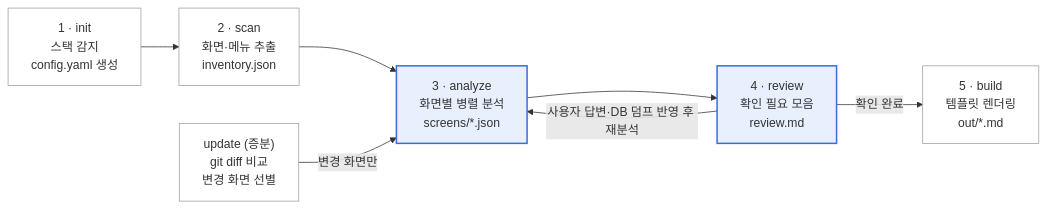
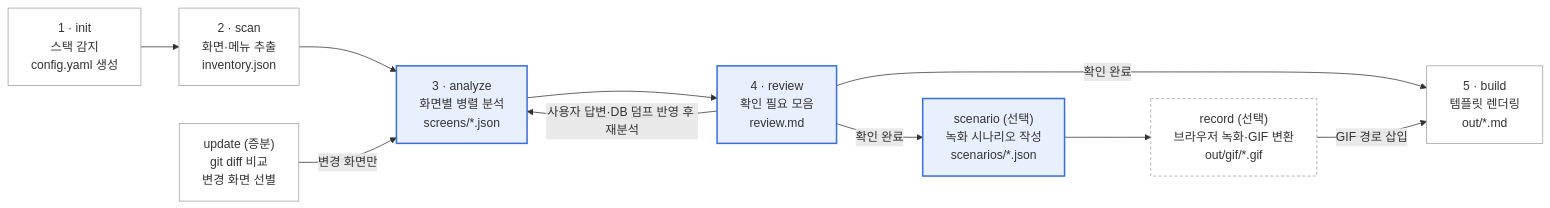
One commit to kwangtaeko/tgx-docent changed the diagram in docs/PLAN.md. Above: the diagram before and after it, drawn with Mermaid. The commit also changed other lines of this file, not shown here.

First line of the commit message:
docs: 기획서에 시스템 소개 README·화면 조작 GIF 기능 추가

````diff
--- a/docs/PLAN.md
+++ b/docs/PLAN.md
@@ -65,20 +67,27 @@
 ```mermaid
 flowchart LR
     init["1 · init<br/>스택 감지<br/>config.yaml 생성"]
     scan["2 · scan<br/>화면·메뉴 추출<br/>inventory.json"]
     update["update (증분)<br/>git diff 비교<br/>변경 화면 선별"]
     analyze["3 · analyze<br/>화면별 병렬 분석<br/>screens/*.json"]
     review["4 · review<br/>확인 필요 모음<br/>review.md"]
     build["5 · build<br/>템플릿 렌더링<br/>out/*.md"]
+    scenario["scenario (선택)<br/>녹화 시나리오 작성<br/>scenarios/*.json"]
+    record["record (선택)<br/>브라우저 녹화·GIF 변환<br/>out/gif/*.gif"]
 
     init --> scan --> analyze
     update -- 변경 화면만 --> analyze
     analyze --> review
     review -- 사용자 답변·DB 덤프 반영 후 재분석 --> analyze
     review -- 확인 완료 --> build
+    review -- 확인 완료 --> scenario --> record
+    record -- GIF 경로 삽입 --> build
 
     classDef agent fill:#e8f0fe,stroke:#3b6fd8,stroke-width:2px
     classDef script fill:#ffffff,stroke:#9aa0a6
+    classDef optional fill:#ffffff,stroke:#9aa0a6,stroke-dasharray:4 3
     class analyze,review agent
     class init,scan,update,build script
+    class scenario agent
+    class record optional
 ```
````
